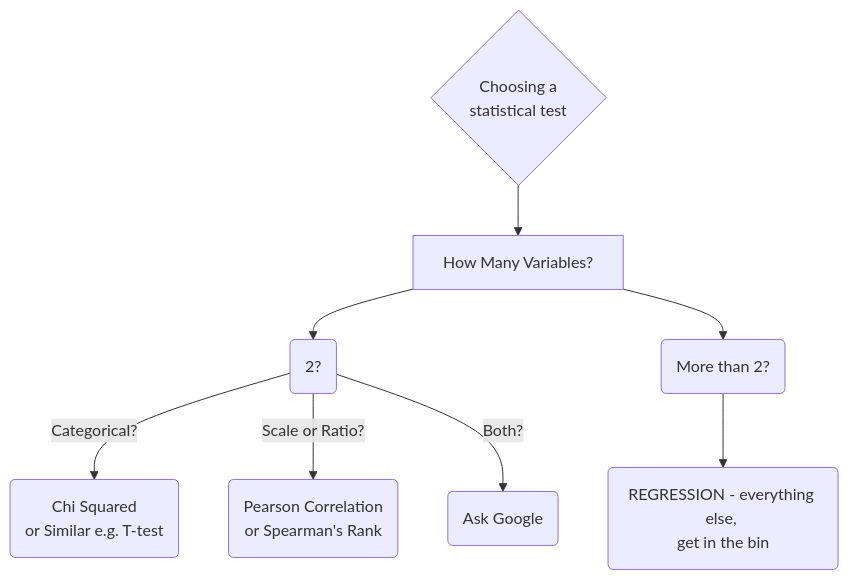
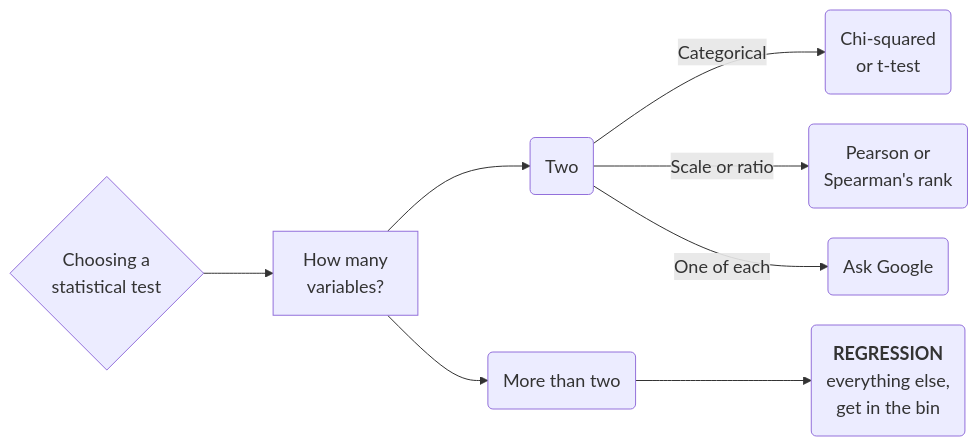
One commit to Bea-Taylor/Quant_Methods changed the second of 2 diagrams in sessions/week_regression/regression_lecture.qmd. Above: the diagram before and after it, drawn with Mermaid.

Commit message:
Make the choosing-a-test flowchart fit its slide
The diagram was laying out at 400 by 334 pixels with a max-width of
400px baked into the svg, so on a 1050px slide it sat small in the
corner - and worse, mermaid had sized the node boxes for a narrower font
than reveal actually renders, so the labels spilled out of their boxes
and collided. Chi Squared, Pearson Corre, Ask Google and REGRES all
overlapped in a single illegible clump.

Three changes. useMaxWidth false removes the 400px clamp so the chart
can use the slide. The flow runs left to right rather than top down,
because a 16:9 slide has width to spare and height to lose, and the
three branches under Two were what forced the width. And the labels are
shortened so they fit even if the font measurement is slightly off:
Chi Squared or Similar e.g. T-test becomes Chi-squared or t-test,
Pearson Correlation or Spearman's Rank becomes Pearson or Spearman's
rank, and Both becomes One of each, which is what it meant. REGRESSION
keeps its bin joke.

Checked rather than eyeballed: the svg now lays out at 1004 by 423 with
no max-width, and measuring every node box against its label finds zero
overflowing of eight.

````diff
--- a/sessions/week_regression/regression_lecture.qmd
+++ b/sessions/week_regression/regression_lecture.qmd
@@ -750,11 +750,12 @@
 ```{mermaid}
-flowchart TD
-    I{Choosing a <br/>statistical test} -->
-    A[How Many Variables?] -->
-    C(2?) & G(More than 2?)
-    C -->|Categorical?| D(Chi Squared <br/>or Similar e.g. T-test)
-    C -->|Scale or Ratio?| E(Pearson Correlation <br/>or Spearman's Rank)
-    C -->|Both?| F(Ask Google)
-    G --> H(REGRESSION - everything else, <br/>get in the bin)
-    
+%%| fig-width: 11
+%%{init: {"flowchart": {"useMaxWidth": false, "nodeSpacing": 30, "rankSpacing": 70}, "themeVariables": {"fontSize": "18px"}} }%%
+flowchart LR
+    I{"Choosing a<br/>statistical test"} --> A["How many<br/>variables?"]
+    A --> C("Two")
+    A --> G("More than two")
+    C -->|"Categorical"| D("Chi-squared<br/>or t-test")
+    C -->|"Scale or ratio"| E("Pearson or<br/>Spearman's rank")
+    C -->|"One of each"| F("Ask Google")
+    G --> H("<b>REGRESSION</b><br/>everything else,<br/>get in the bin")
 ```
````
